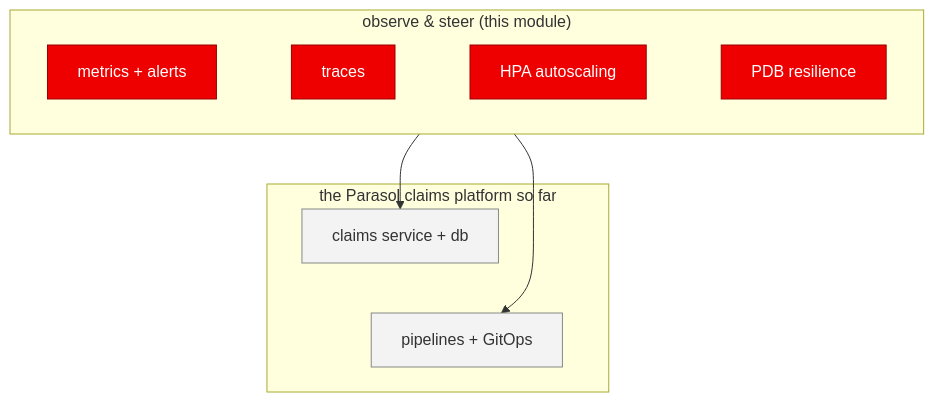
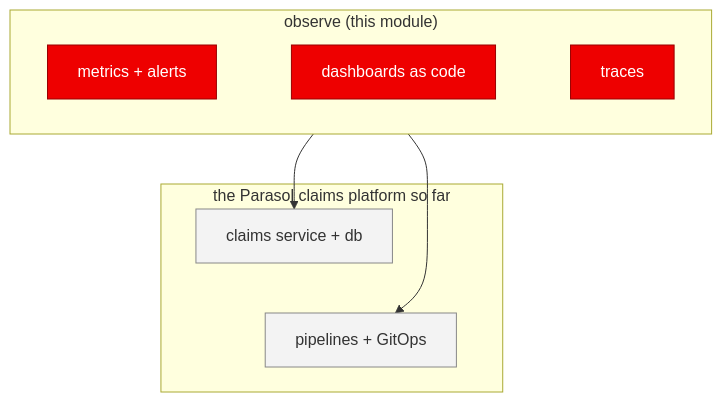
One commit to serhat-dirik/OCP-Getting-Started-Revamped changed the diagram in content/modules/ROOT/examples/diagrams/observability-health-scale/04-platform-accretion.mmd. Above: the diagram before and after it, drawn with Mermaid. The commit also changed 18 other files, not shown here.

First line of the commit message:
refactor(observability-health-scale): autoscaling moves to module 5, PDB stays with scheduling

```diff
--- a/content/modules/ROOT/examples/diagrams/observability-health-scale/04-platform-accretion.mmd
+++ b/content/modules/ROOT/examples/diagrams/observability-health-scale/04-platform-accretion.mmd
@@ -1,28 +1,27 @@
-%% Platform accretion — Observability, Health & Scale.
+%% Platform accretion — Observability: Metrics, Alerts, Dashboards & Traces.
 %% ONE cumulative picture of the Parasol platform, with THIS module's layer lit up (red) on
 %% everything the attendee has already built (grey) — same convention as the sibling
 %% NN-platform-accretion.mmd files in every other module.
 %% Resized 2026-08-22: was 433x531 intrinsic, rendering 900x1104 at 2.08x text. The subgraphs had
 %% no `direction` set, so they inherited the outer `flowchart TB` and stacked their children in a
 %% column. Fix: the same `direction LR` + `~~~` idiom already used by every other
 %% platform-accretion diagram — each subgraph becomes one short row, the two rows stack.
 flowchart TB
-  subgraph OBS["observe & steer (this module)"]
+  subgraph OBS["observe (this module)"]
     direction LR
     MET[metrics + alerts]
     TRC[traces]
-    HPA2[HPA autoscaling]
-    PDB2[PDB resilience]
-    MET ~~~ TRC ~~~ HPA2 ~~~ PDB2
+    DSH[dashboards as code]
+    MET ~~~ DSH ~~~ TRC
   end
   subgraph PLAT["the Parasol claims platform so far"]
     APP[claims service + db]
     DEL[pipelines + GitOps]
     APP ~~~ DEL
   end
   OBS --> APP
   OBS --> DEL
   classDef hi fill:#e00,stroke:#900,color:#fff;
   classDef plat fill:#f3f3f3,stroke:#888,color:#333;
-  class MET,TRC,HPA2,PDB2 hi;
+  class MET,DSH,TRC hi;
   class APP,DEL plat;
```
